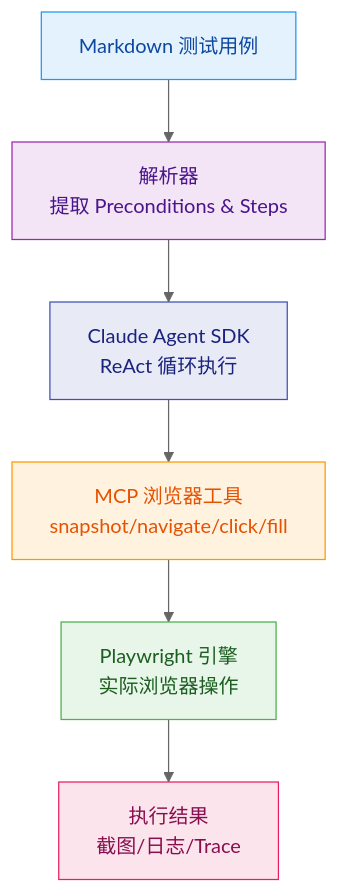
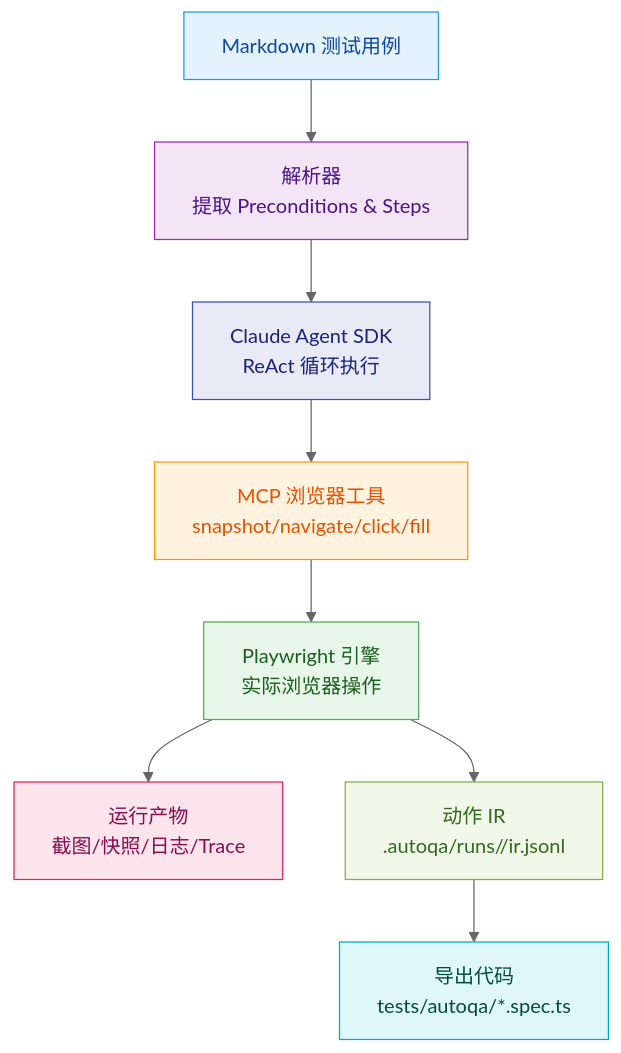
The diagram in README.md (hhhaiai/AutoQA-Agent), drawn with Mermaid (neutral theme) before and after one commit. The commit also changed other lines of this file, not shown here.

Commit message:
Update README with local MCP installation instructions
- Add detailed steps for running local MCP server
- Include environment variable configuration for local MCP
- Update quick start guide with local development options
- Clarify browser automation setup requirements

🤖 Generated with [Claude Code](https://claude.com/claude-code)

````diff
--- a/README.md
+++ b/README.md
@@ -95,15 +95,19 @@
 ```mermaid
 flowchart TD
     A["Markdown 测试用例"] --> B["解析器<br/>提取 Preconditions & Steps"]
     B --> C["Claude Agent SDK<br/>ReAct 循环执行"]
     C --> D["MCP 浏览器工具<br/>snapshot/navigate/click/fill"]
     D --> E["Playwright 引擎<br/>实际浏览器操作"]
-    E --> F["执行结果<br/>截图/日志/Trace"]
+    E --> F["运行产物<br/>截图/快照/日志/Trace"]
+    E --> G["动作 IR<br/>.autoqa/runs/<runId>/ir.jsonl"]
+    G --> H["导出代码<br/>tests/autoqa/*.spec.ts"]
 
     style A fill:#e3f2fd,stroke:#2196f3,color:#0d47a1
     style B fill:#f3e5f5,stroke:#9c27b0,color:#4a148c
     style C fill:#e8eaf6,stroke:#3f51b5,color:#1a237e
     style D fill:#fff3e0,stroke:#ff9800,color:#e65100
     style E fill:#e8f5e9,stroke:#4caf50,color:#1b5e20
     style F fill:#fce4ec,stroke:#e91e63,color:#880e4f
+    style G fill:#f1f8e9,stroke:#7cb342,color:#33691e
+    style H fill:#e0f7fa,stroke:#00acc1,color:#004d40
 ```
````
